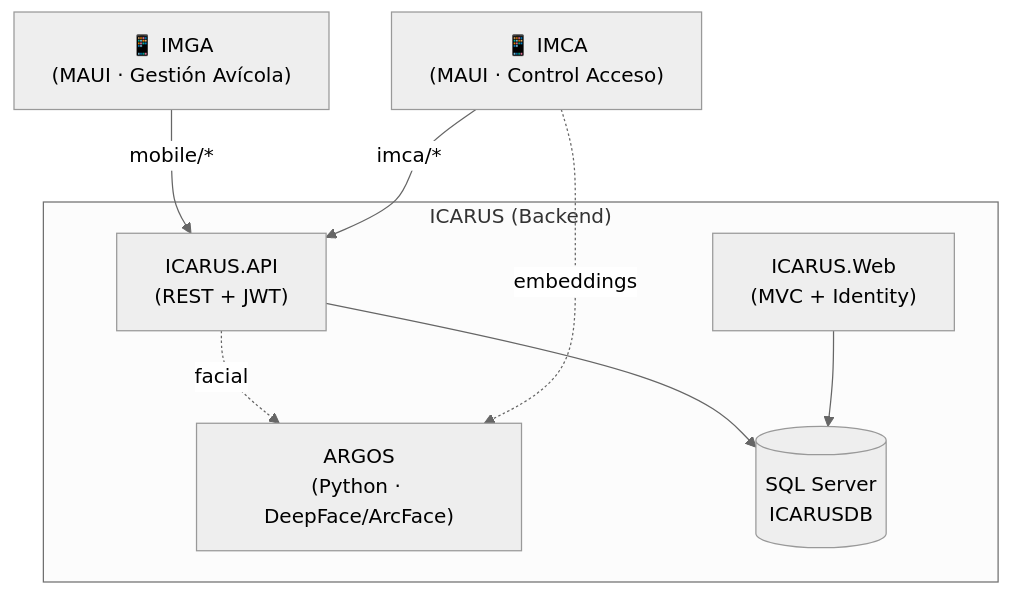
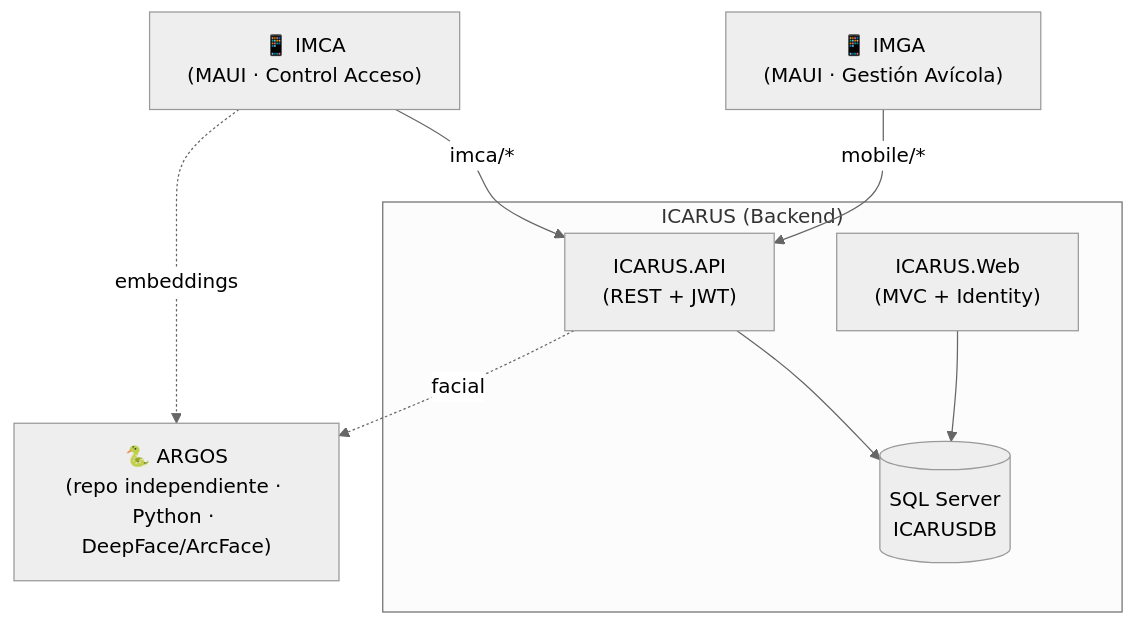
The diagram in README.md (luicahleo/DocumentacionProyectos), drawn with Mermaid (neutral theme) before and after one commit. The commit also changed other lines of this file and 9 other files, not shown here.

First line of the commit message:
Actualizar documentacion: ARGOS pasa a repositorio independiente

````diff
--- a/README.md
+++ b/README.md
@@ -17,17 +18,17 @@
 ```mermaid
 graph TB
     subgraph Backend["ICARUS (Backend)"]
         API["ICARUS.API<br/>(REST + JWT)"]
         WEB["ICARUS.Web<br/>(MVC + Identity)"]
-        ARGOS["ARGOS<br/>(Python · DeepFace/ArcFace)"]
         DB[("SQL Server<br/>ICARUSDB")]
         API --> DB
         WEB --> DB
-        API -.facial.-> ARGOS
     end
+    ARGOS["🐍 ARGOS<br/>(repo independiente · Python · DeepFace/ArcFace)"]
     IMGA["📱 IMGA<br/>(MAUI · Gestión Avícola)"]
     IMCA["📱 IMCA<br/>(MAUI · Control Acceso)"]
     IMGA -->|"mobile/*"| API
     IMCA -->|"imca/*"| API
+    API -.facial.-> ARGOS
     IMCA -.embeddings.-> ARGOS
 ```
````
